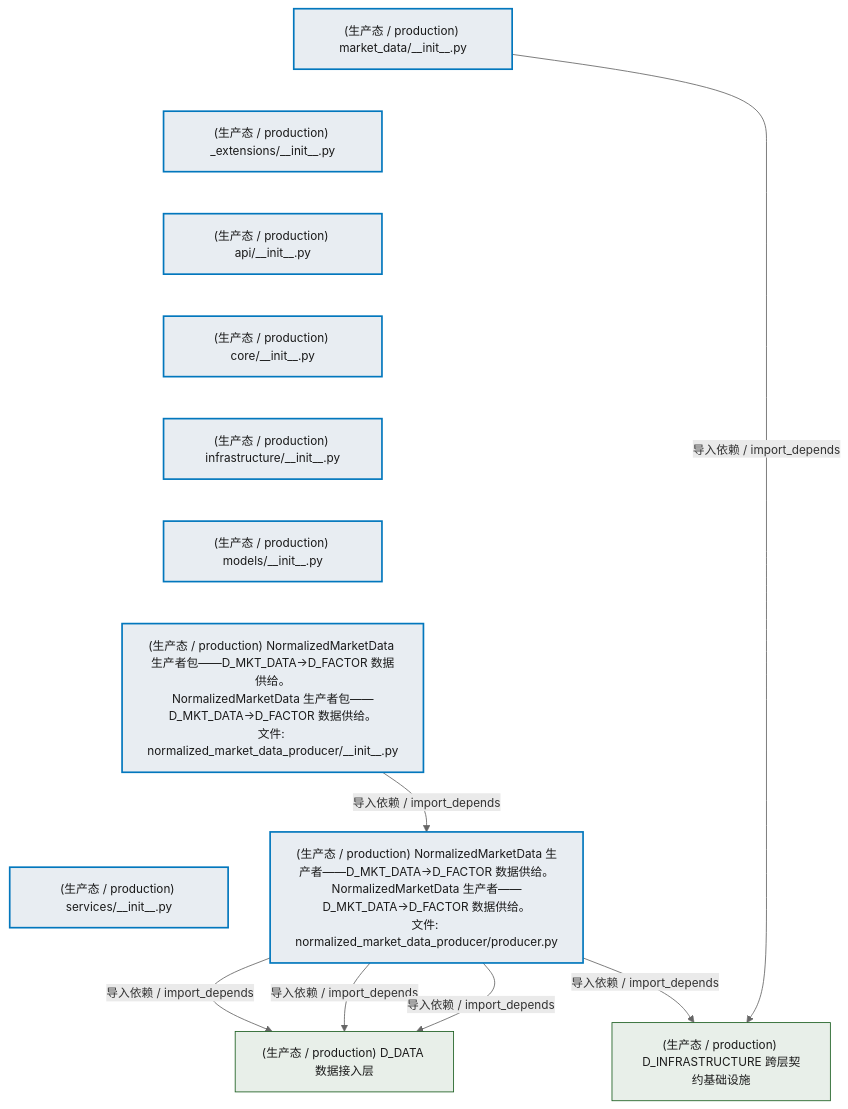
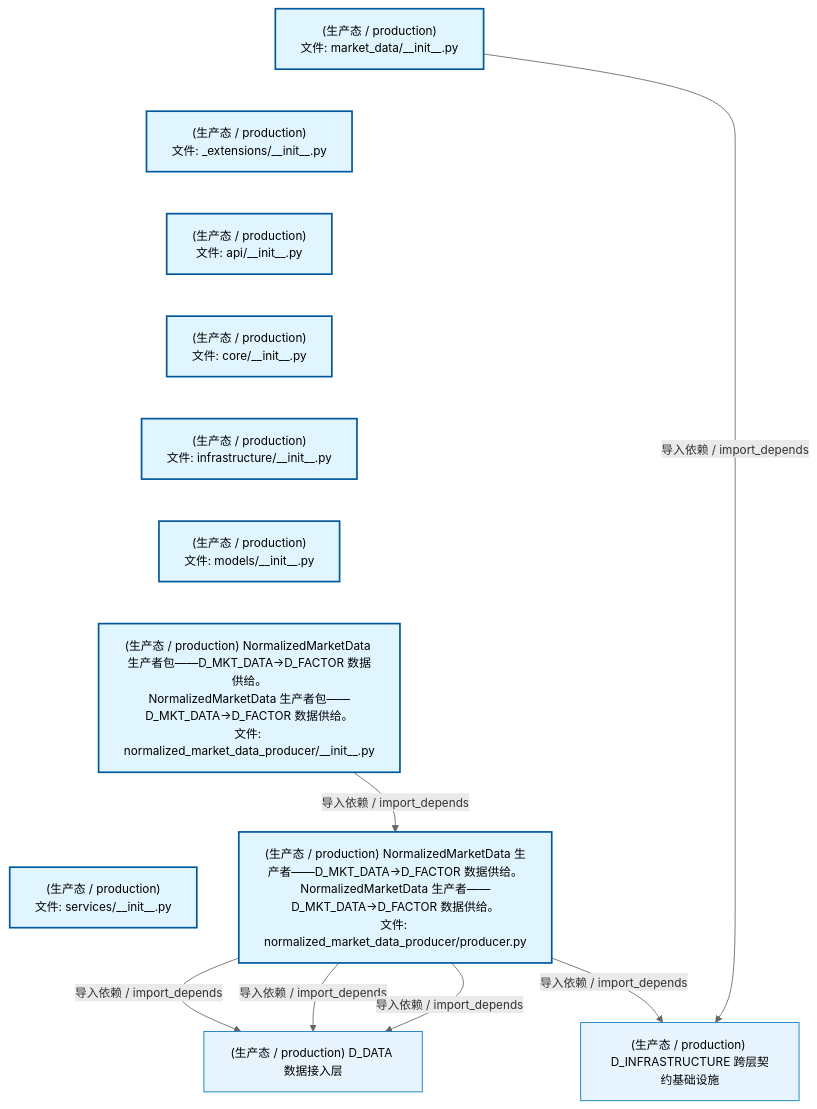
Before and after one commit to xuanFelixVan/ZephyrAlpha: the first of 3 diagrams in docs/02_enterprise_architecture/02_domain_architecture_docs/23_d_mkt_data.md, drawn with Mermaid. The commit also changed other lines of this file and 75 other files, not shown here.

````diff
--- a/docs/02_enterprise_architecture/02_domain_architecture_docs/23_d_mkt_data.md
+++ b/docs/02_enterprise_architecture/02_domain_architecture_docs/23_d_mkt_data.md
@@ -71,34 +71,34 @@
 ```mermaid
 %%{init: {'theme': 'base', 'themeVariables': {'primaryColor': '#eaeaea', 'primaryTextColor': '#333333', 'primaryBorderColor': '#666666', 'lineColor': '#666666', 'secondaryColor': '#eaeaea', 'tertiaryColor': '#eaeaea', 'fontSize': '14px'}}}%%
 flowchart TD
-    src_zephyr_market_data_init_py["(生产态 / production) market_data/__init__.py"]
-    src_zephyr_market_data_extensions_init_py["(生产态 / production) _extensions/__init__.py"]
-    src_zephyr_market_data_api_init_py["(生产态 / production) api/__init__.py"]
-    src_zephyr_market_data_core_init_py["(生产态 / production) core/__init__.py"]
-    src_zephyr_market_data_infrastructure_init_py["(生产态 / production) infrastructure/__init__.py"]
-    src_zephyr_market_data_models_init_py["(生产态 / production) models/__init__.py"]
+    src_zephyr_market_data_init_py["(生产态 / production)<br/>文件: market_data/__init__.py"]
+    src_zephyr_market_data_extensions_init_py["(生产态 / production)<br/>文件: _extensions/__init__.py"]
+    src_zephyr_market_data_api_init_py["(生产态 / production)<br/>文件: api/__init__.py"]
+    src_zephyr_market_data_core_init_py["(生产态 / production)<br/>文件: core/__init__.py"]
+    src_zephyr_market_data_infrastructure_init_py["(生产态 / production)<br/>文件: infrastructure/__init__.py"]
+    src_zephyr_market_data_models_init_py["(生产态 / production)<br/>文件: models/__init__.py"]
     src_zephyr_market_data_normalized_market_data_producer_init_py["(生产态 / production) NormalizedMarketData 生产者包——D_MKT_DATA→D_FACTOR 数据供给。<br/>NormalizedMarketData 生产者包——D_MKT_DATA→D_FACTOR 数据供给。<br/>文件: normalized_market_data_producer/__init__.py"]
-    src_zephyr_market_data_services_init_py["(生产态 / production) services/__init__.py"]
+    src_zephyr_market_data_services_init_py["(生产态 / production)<br/>文件: services/__init__.py"]
     src_zephyr_market_data_init_py ~~~ src_zephyr_market_data_extensions_init_py
     src_zephyr_market_data_extensions_init_py ~~~ src_zephyr_market_data_api_init_py
     src_zephyr_market_data_api_init_py ~~~ src_zephyr_market_data_core_init_py
     src_zephyr_market_data_core_init_py ~~~ src_zephyr_market_data_infrastructure_init_py
     src_zephyr_market_data_infrastructure_init_py ~~~ src_zephyr_market_data_models_init_py
     src_zephyr_market_data_models_init_py ~~~ src_zephyr_market_data_normalized_market_data_producer_init_py
     src_zephyr_market_data_normalized_market_data_producer_init_py ~~~ src_zephyr_market_data_services_init_py
     src_zephyr_market_data_normalized_market_data_producer_producer_py["(生产态 / production) NormalizedMarketData 生产者——D_MKT_DATA→D_FACTOR 数据供给。<br/>NormalizedMarketData 生产者——D_MKT_DATA→D_FACTOR 数据供给。<br/>文件: normalized_market_data_producer/producer.py"]
     src_zephyr_market_data_normalized_market_data_producer_init_py -->|导入依赖 / import_depends| src_zephyr_market_data_normalized_market_data_producer_producer_py
     D_DATA["(生产态 / production) D_DATA 数据接入层"]
     src_zephyr_market_data_normalized_market_data_producer_producer_py -->|导入依赖 / import_depends| D_DATA
     src_zephyr_market_data_normalized_market_data_producer_producer_py -->|导入依赖 / import_depends| D_DATA
     src_zephyr_market_data_normalized_market_data_producer_producer_py -->|导入依赖 / import_depends| D_DATA
     D_INFRASTRUCTURE["(生产态 / production) D_INFRASTRUCTURE 跨层契约基础设施"]
     src_zephyr_market_data_normalized_market_data_producer_producer_py -->|导入依赖 / import_depends| D_INFRASTRUCTURE
     src_zephyr_market_data_init_py -->|导入依赖 / import_depends| D_INFRASTRUCTURE
-    classDef production fill:#e8edf2,stroke:#0277bd,stroke-width:2px,color:#1a1a1a
-    classDef design fill:#f0ebe3,stroke:#bf360c,stroke-width:2px,color:#1a1a1a,stroke-dasharray: 5 5
-    classDef external_prod fill:#e8efe9,stroke:#1b5e20,stroke-width:1px,color:#1a1a1a
-    classDef external_design fill:#efe5ea,stroke:#880e4f,stroke-width:1px,color:#1a1a1a,stroke-dasharray: 5 5
+    classDef production fill:#e1f5fe,stroke:#01579b,stroke-width:2px,color:#000
+    classDef design fill:#fff3e0,stroke:#e65100,stroke-width:2px,color:#000,stroke-dasharray: 5 5
+    classDef external_prod fill:#e8f4fd,stroke:#0277bd,stroke-width:1px,color:#000
+    classDef external_design fill:#fff8e7,stroke:#ef6c00,stroke-width:1px,color:#000,stroke-dasharray: 5 5
     class src_zephyr_market_data_init_py,src_zephyr_market_data_extensions_init_py,src_zephyr_market_data_api_init_py,src_zephyr_market_data_core_init_py,src_zephyr_market_data_infrastructure_init_py,src_zephyr_market_data_models_init_py,src_zephyr_market_data_normalized_market_data_producer_init_py,src_zephyr_market_data_normalized_market_data_producer_producer_py,src_zephyr_market_data_services_init_py production
     class D_DATA,D_INFRASTRUCTURE external_prod
 ```
````
